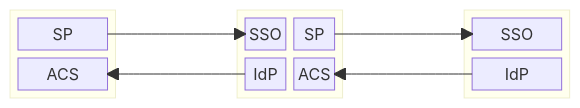
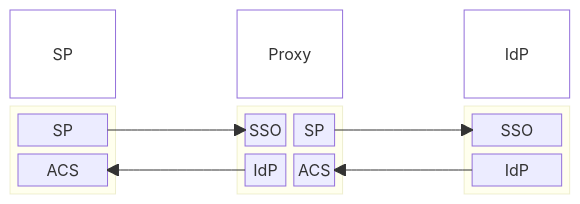
Before and after one commit to mikehadlow/samlproxy: the first of 2 diagrams in README.md, drawn with Mermaid.

Commit message:
block spacing

````diff
--- a/README.md
+++ b/README.md
@@ -6,33 +6,44 @@
 ```mermaid
 block-beta
 columns 5
+
+    %% Headers
+    h1["SP"]
+    space
+    h2["Proxy"]
+    space
+    h3["IdP"]
+
+    style h1 fill:none
+    style h2 fill:none
+    style h3 fill:none
 
     block
     columns 1
       a1["SP"]
       a2["ACS"]
     end
 
     space:1
 
     block
     columns 2
       b1["SSO"]
       b2["SP"]
       b3["IdP"]
       b4["ACS"]
     end
 
     space:1
 
     block
     columns 1
       c1["SSO"]
       c2{"IdP"]
     end
 
     a1-->b1
     b2-->c1
     c2-->b4
     b3-->a2
 ```
````
